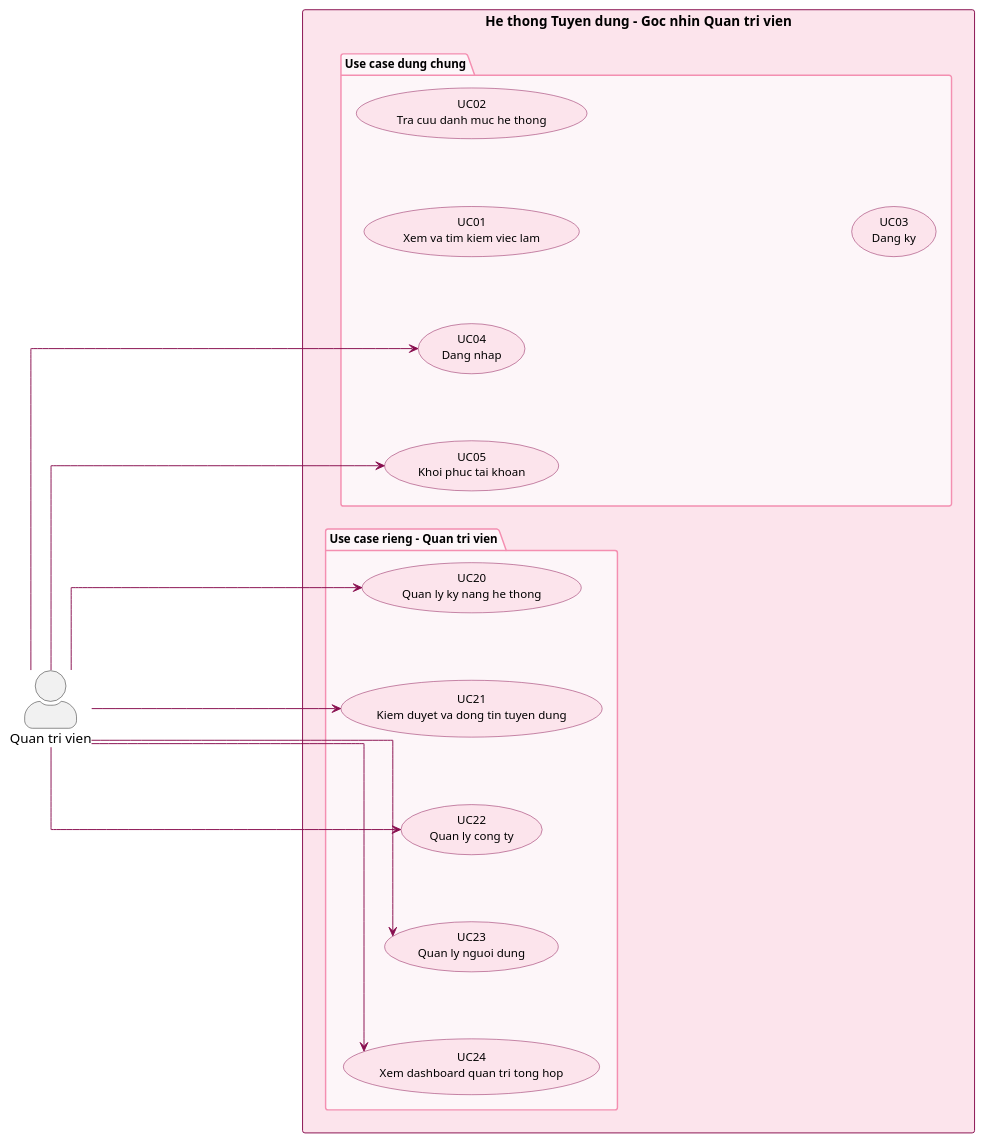
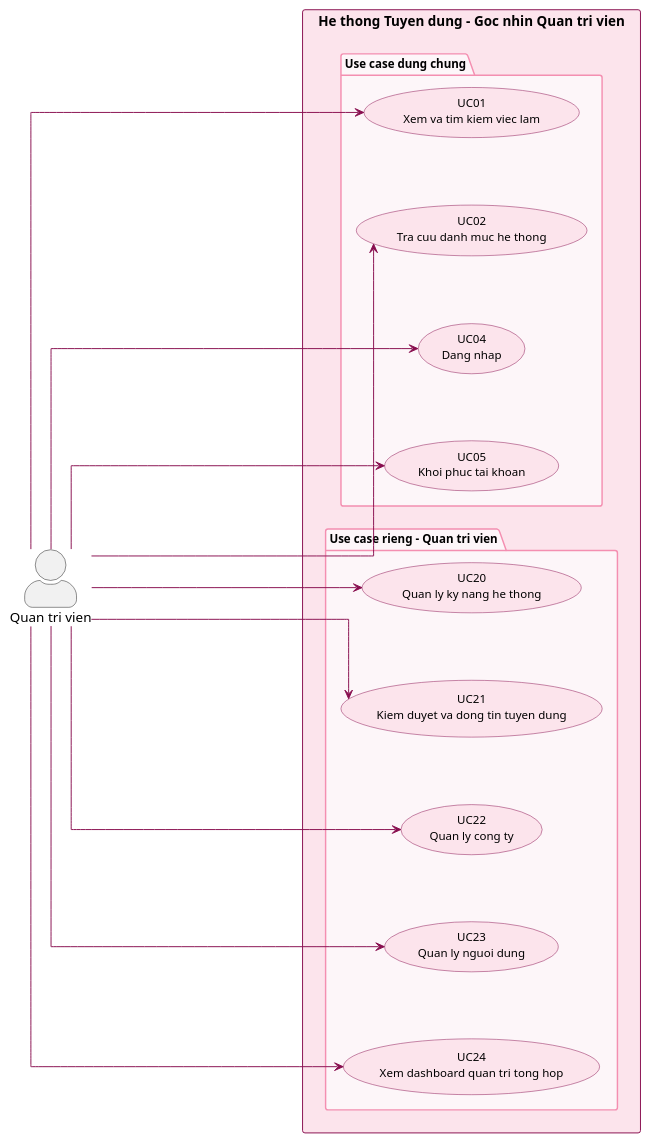
Before and after one commit to Ancuyou/Recruitment-Center-Website: the diagram in uml/UseCase/QuanTriVienUseCase.puml, drawn with PlantUML. The commit also changed 4 other files, not shown here.

Commit message:
Cap nhat uml

```diff
--- a/uml/UseCase/QuanTriVienUseCase.puml
+++ b/uml/UseCase/QuanTriVienUseCase.puml
@@ -1,58 +1,59 @@
 @startuml UC03_Admin
 left to right direction
 skinparam actorStyle awesome
 skinparam defaultFontName Arial
 skinparam nodesep 70
 skinparam ranksep 260
 skinparam linetype ortho
 
 skinparam usecase {
   BackgroundColor #FCE4EC
   BorderColor #880E4F
   FontSize 12
 }
 skinparam package {
   BackgroundColor #FDF6F9
   BorderColor #F48FB1
   FontSize 12
   FontStyle bold
   Padding 18
 }
 skinparam rectangle {
   BackgroundColor #FCE4EC
   BorderColor #880E4F
   FontSize 14
   FontStyle bold
 }
 
 actor "Quan tri vien" as ADMIN
 
 rectangle "He thong Tuyen dung - Goc nhin Quan tri vien" {
 
   package "Use case dung chung" {
     usecase "UC01\nXem va tim kiem viec lam"          as UC01
     usecase "UC02\nTra cuu danh muc he thong"         as UC02
-    usecase "UC03\nDang ky"                           as UC03
     usecase "UC04\nDang nhap"                         as UC04
     usecase "UC05\nKhoi phuc tai khoan"               as UC05
   }
 
   package "Use case rieng - Quan tri vien" {
     usecase "UC20\nQuan ly ky nang he thong"          as UC20
     usecase "UC21\nKiem duyet va dong tin tuyen dung" as UC21
     usecase "UC22\nQuan ly cong ty"                   as UC22
     usecase "UC23\nQuan ly nguoi dung"                as UC23
     usecase "UC24\nXem dashboard quan tri tong hop"  as UC24
   }
 }
 
 ' Admin chi lien ket Dang nhap + Khoi phuc tai khoan o nhom dung chung
 ADMIN -[#880E4F]-> UC04
 ADMIN -[#880E4F]-> UC05
 ADMIN -[#880E4F]-> UC20
 ADMIN -[#880E4F]-> UC21
 ADMIN -[#880E4F]-> UC22
 ADMIN -[#880E4F]-> UC23
 ADMIN -[#880E4F]-> UC24
+ADMIN -[#880E4F]-> UC01
+ADMIN -[#880E4F]-> UC02
 
 @enduml
```
